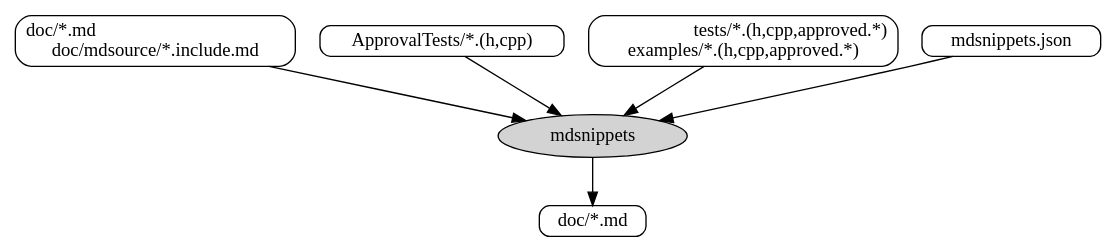
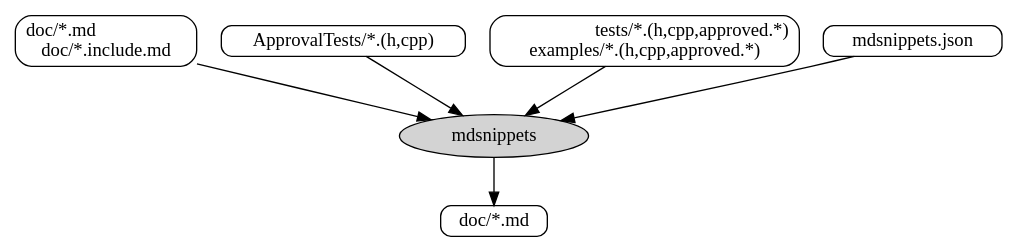
One commit to approvals/ApprovalTests.cpp changed the diagram in doc/images/source/mdsnippets_flow.dot. Above: the diagram before and after it, drawn with Graphviz. The commit also changed 1 other file, not shown here.

Commit message:
d   Update docs for move of *.include.md

```diff
--- a/doc/images/source/mdsnippets_flow.dot
+++ b/doc/images/source/mdsnippets_flow.dot
@@ -1,22 +1,22 @@
 digraph mdsnippets_flow {
     rankdir = "TB"
     node [fontsize = 14, shape = box, style="rounded", height = 0.25]
     edge [fontsize = 14]
 
     "mdsnippets" [shape = oval, fillcolor = lightgray, style = filled]
 
-    "docs_mdsource_md" [label = "doc/*.md\ldoc/mdsource/*.include.md"]
+    "docs_mdsource_md" [label = "doc/*.md\ldoc/*.include.md"]
     "docs_mdsource_md" -> "mdsnippets"
 
     "ApprovalTests" [label = "ApprovalTests/*.(h,cpp)"]
     "ApprovalTests" -> "mdsnippets"
 
     "tests_source" [label = "tests/*.(h,cpp,approved.*)\rexamples/*.(h,cpp,approved.*)"]
     "tests_source" -> "mdsnippets"
 
     "mdsnippets_json" [label = "mdsnippets.json"]
     "mdsnippets_json" -> "mdsnippets"
 
     "docs_md" [label = "doc/*.md"]
     "mdsnippets" -> "docs_md"
 }
```
